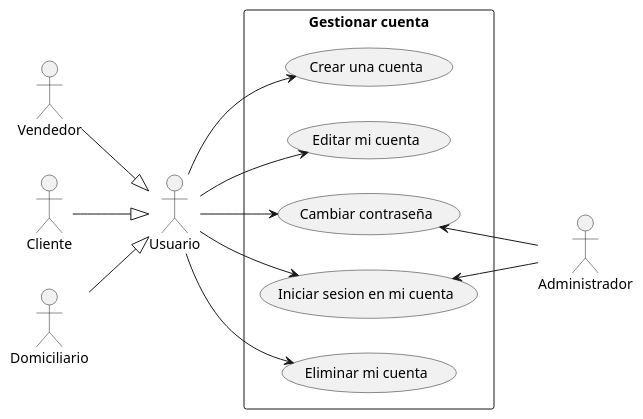
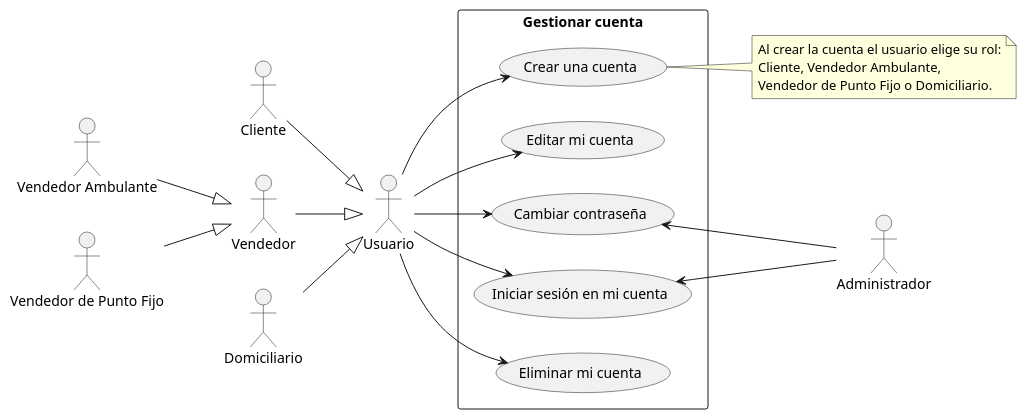
The diagram in casos de uso/gestionar_cuenta.puml (RAAR-18/napa), drawn with PlantUML before and after one commit. The commit also changed 130 other files, not shown here.

```diff
--- a/casos de uso/gestionar_cuenta.puml
+++ b/casos de uso/gestionar_cuenta.puml
@@ -1,32 +1,42 @@
 @startuml
 
 left to right direction
 
+actor "Usuario" as u
+actor "Cliente" as c
 actor "Vendedor" as v
-actor "Cliente" as c
+actor "Vendedor Ambulante" as va
+actor "Vendedor de Punto Fijo" as vpf
 actor "Domiciliario" as d
-actor Usuario as u
-actor Administrador as adm
+actor "Administrador" as adm
+
+c --|> u
+v --|> u
+d --|> u
+va --|> v
+vpf --|> v
 
 rectangle "Gestionar cuenta" {
   usecase "Crear una cuenta" as UC1
   usecase "Editar mi cuenta" as UC2
   usecase "Cambiar contraseña" as UC3
-  usecase "Iniciar sesion en mi cuenta" as UC4
+  usecase "Iniciar sesión en mi cuenta" as UC4
   usecase "Eliminar mi cuenta" as UC5
 }
-
-c --|> u
-d --|> u
-v --|> u
 
 u --> UC1
 u --> UC2
 u --> UC3
 u --> UC4
 u --> UC5
 
 UC4 <-- adm
 UC3 <-- adm
 
+note right of UC1
+  Al crear la cuenta el usuario elige su rol:
+  Cliente, Vendedor Ambulante,
+  Vendedor de Punto Fijo o Domiciliario.
+end note
+
 @enduml
```
